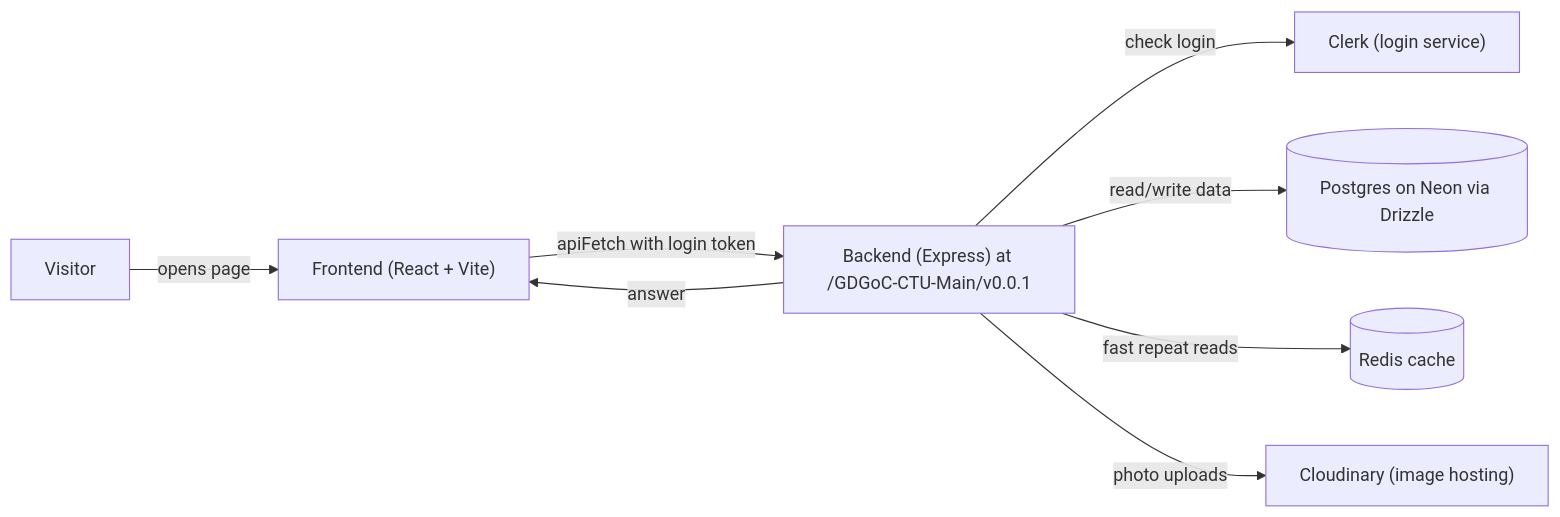
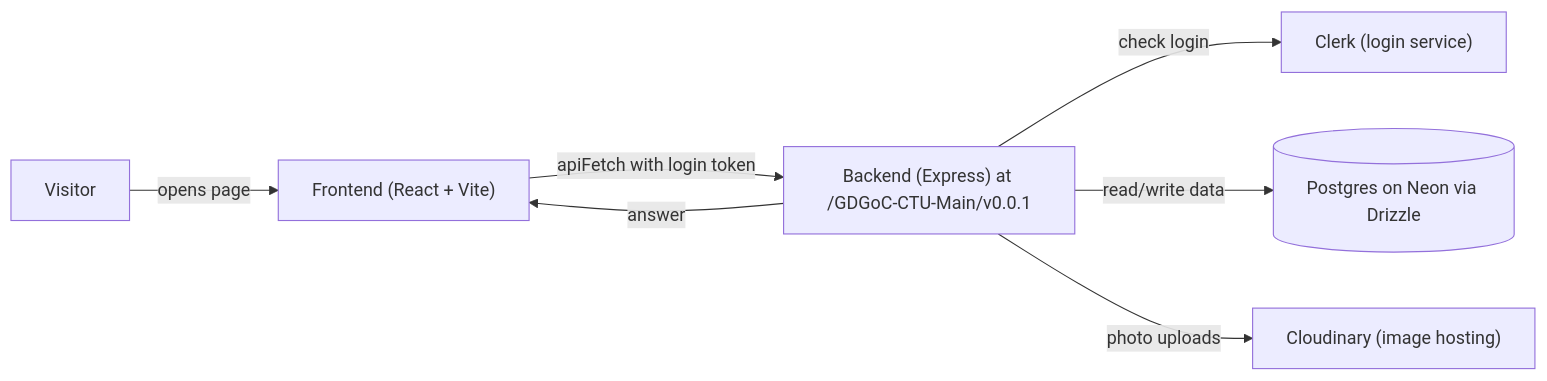
The diagram in docs/ARCHITECTURE-OVERVIEW.md (Google-Developer-Group-on-Campus-CTU/gdg-ctu-website), drawn with Mermaid before and after one commit. The commit also changed other lines of this file and 27 other files, not shown here.

First line of the commit message:
chore(backend): remove Redis cache layer, go DB-direct

````diff
--- a/docs/ARCHITECTURE-OVERVIEW.md
+++ b/docs/ARCHITECTURE-OVERVIEW.md
@@ -9,10 +9,9 @@
 ```mermaid
 flowchart LR
     Visitor -->|opens page| Frontend["Frontend (React + Vite)"]
     Frontend -->|apiFetch with login token| Backend["Backend (Express) at /GDGoC-CTU-Main/v0.0.1"]
     Backend -->|check login| Clerk["Clerk (login service)"]
     Backend -->|read/write data| DB[("Postgres on Neon via Drizzle")]
-    Backend -->|fast repeat reads| Redis[("Redis cache")]
     Backend -->|photo uploads| Cloudinary["Cloudinary (image hosting)"]
     Backend -->|answer| Frontend
 ```
````
